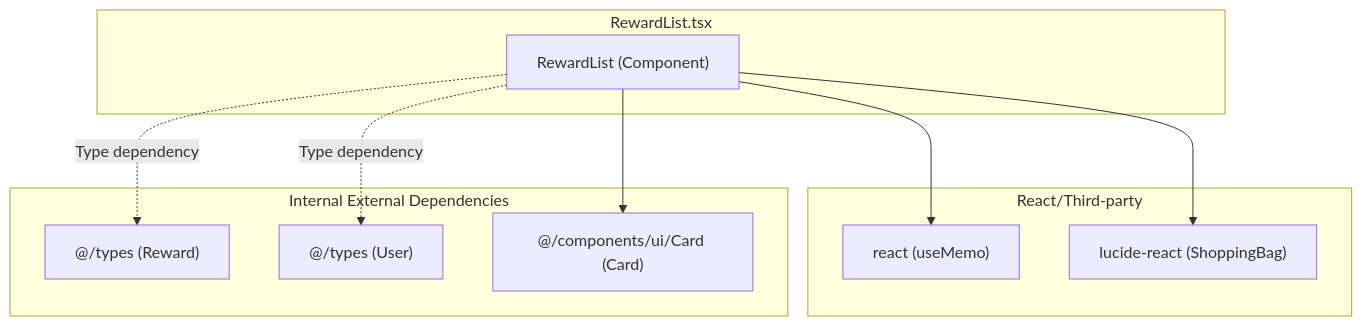
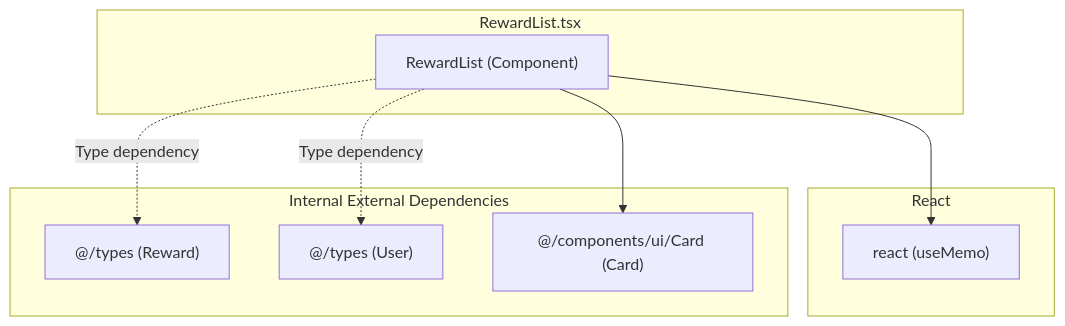
Before and after one commit to mmtigers/my_python_project: the second of 2 diagrams in docs/specifications/family-quest/src/features/shop/components/RewardList.md, drawn with Mermaid. The commit also changed other lines of this file and 65 other files, not shown here.

````diff
--- a/docs/specifications/family-quest/src/features/shop/components/RewardList.md
+++ b/docs/specifications/family-quest/src/features/shop/components/RewardList.md
@@ -127,24 +126,22 @@
 ```mermaid
 graph TD
     subgraph RewardList.tsx
         RewardList["RewardList (Component)"]
     end
 
-    subgraph "React/Third-party"
+    subgraph "React"
         React_useMemo["react (useMemo)"]
-        Lucide_ShoppingBag["lucide-react (ShoppingBag)"]
     end
 
     subgraph "Internal External Dependencies"
         Types_Reward["@/types (Reward)"]
         Types_User["@/types (User)"]
         UI_Card["@/components/ui/Card (Card)"]
     end
 
     RewardList --> React_useMemo
-    RewardList --> Lucide_ShoppingBag
     RewardList --> UI_Card
     RewardList -. "Type dependency" .-> Types_Reward
     RewardList -. "Type dependency" .-> Types_User
 
 ```
````
